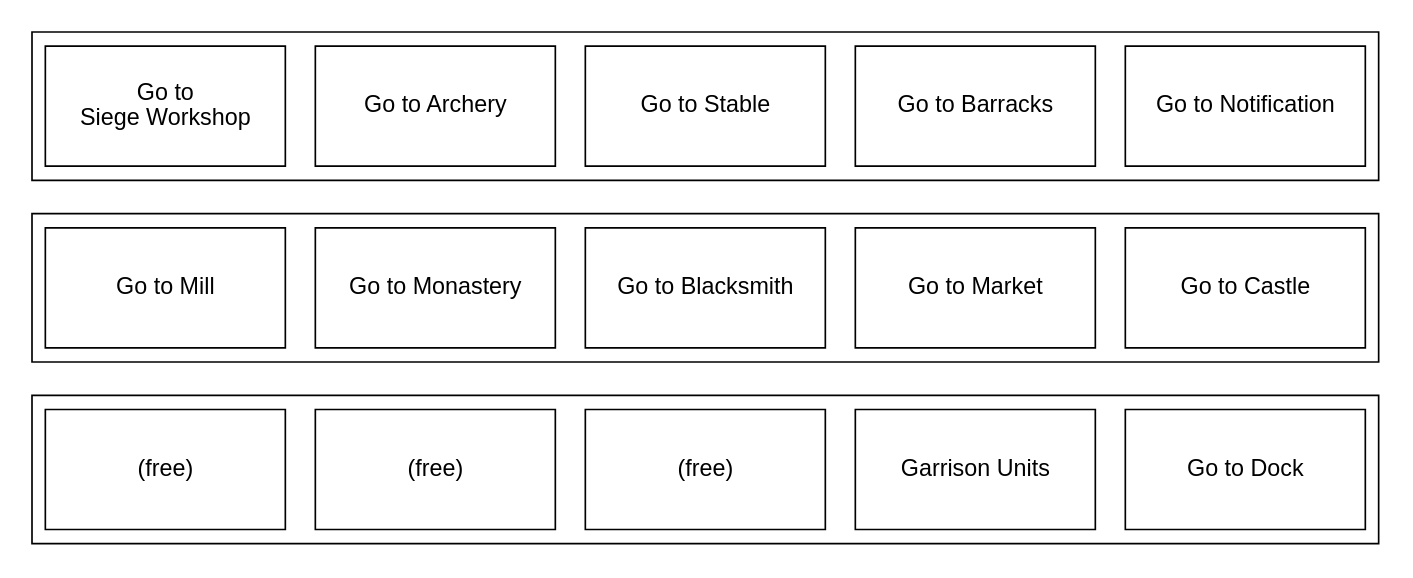
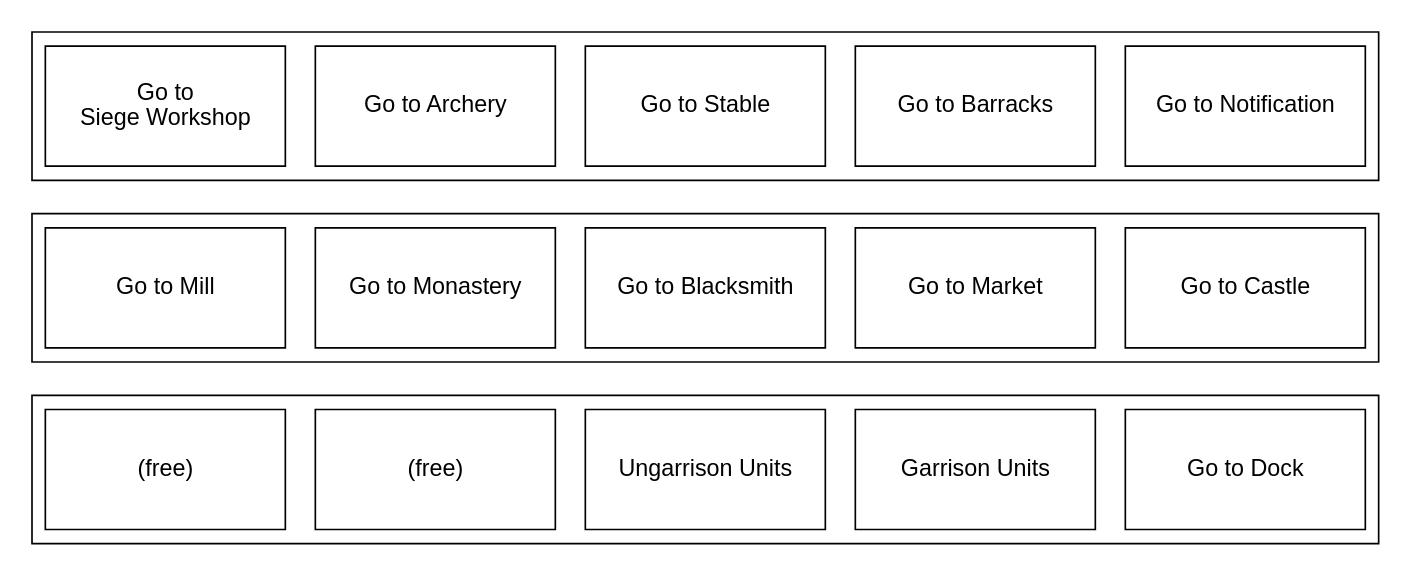
One commit to TheAgeOfCoding/age-hotkey-science changed the diagram in layer4.dot. Above: the diagram before and after it, drawn with Graphviz. The commit also changed 1 other file, not shown here.

Commit message:
Add ungarrison units to layer4

```diff
--- a/layer4.dot
+++ b/layer4.dot
@@ -1,27 +1,27 @@
 digraph D {
     node [pin=true, width=2, height=1, shape=record, fixedsize=true, autosize=false, fontname="Arial"];
     subgraph cluster_0 {
       e [label="Go to Notification"];
       d [label="Go to Barracks"];
       c [label="Go to Stable"];
       b [label="Go to Archery"];
       a [label="Go to\nSiege Workshop"];
     }
     subgraph cluster_1 {
       j [label="Go to Castle"];
       i [label="Go to Market"];
       h [label="Go to Blacksmith"];
       g [label="Go to Monastery"];
       f [label="Go to Mill"];
     }
 
     subgraph cluster_2 {
       k [label="Go to Dock"];
       l [label="Garrison Units"];
-      m [label="(free)"];
+      m [label="Ungarrison Units"];
       n [label="(free)"];
       o [label="(free)"];
     }
   a -> f [style=invis];
   j -> k [style=invis];
 }
```
